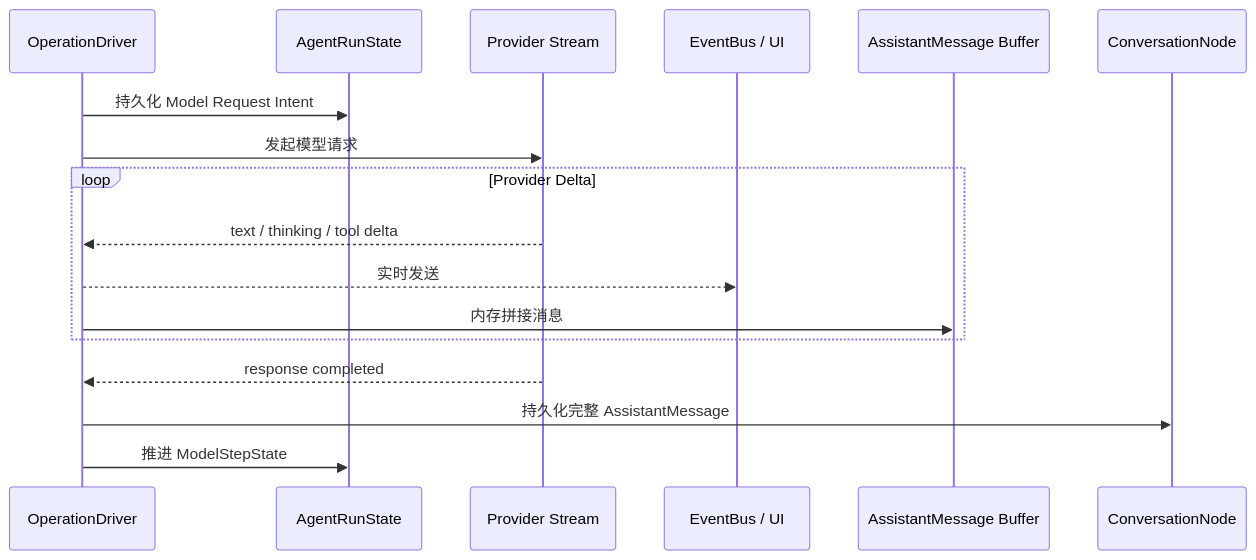
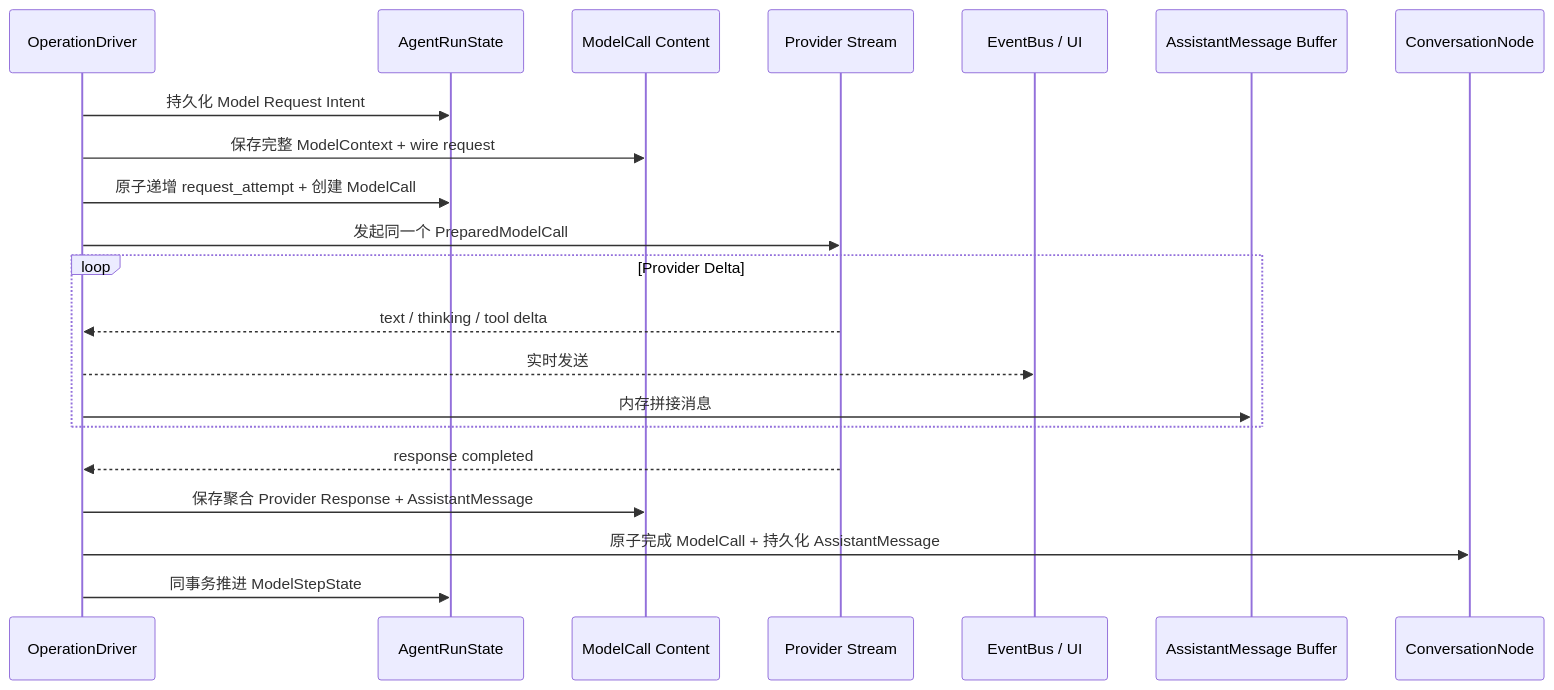
Before and after one commit to xiesunsun/MyOpenClaw: the eighth of 56 diagrams in docs/upgrade/2026-08-24-runtime-entity-decisions.md, drawn with Mermaid. The commit also changed other lines of this file and 5 other files, not shown here.

Commit message:
docs: 定稿 ModelCall 可靠数据底座合同

````diff
--- a/docs/upgrade/2026-08-24-runtime-entity-decisions.md
+++ b/docs/upgrade/2026-08-24-runtime-entity-decisions.md
@@ -547,20 +558,24 @@
 ```mermaid
 sequenceDiagram
     participant D as OperationDriver
     participant S as AgentRunState
+    participant C as ModelCall Content
     participant P as Provider Stream
     participant E as EventBus / UI
     participant B as AssistantMessage Buffer
     participant N as ConversationNode
 
     D->>S: 持久化 Model Request Intent
-    D->>P: 发起模型请求
+    D->>C: 保存完整 ModelContext + wire request
+    D->>S: 原子递增 request_attempt + 创建 ModelCall
+    D->>P: 发起同一个 PreparedModelCall
     loop Provider Delta
         P-->>D: text / thinking / tool delta
         D-->>E: 实时发送
         D->>B: 内存拼接消息
     end
     P-->>D: response completed
-    D->>N: 持久化完整 AssistantMessage
-    D->>S: 推进 ModelStepState
+    D->>C: 保存聚合 Provider Response + AssistantMessage
+    D->>N: 原子完成 ModelCall + 持久化 AssistantMessage
+    D->>S: 同事务推进 ModelStepState
 ```
````
